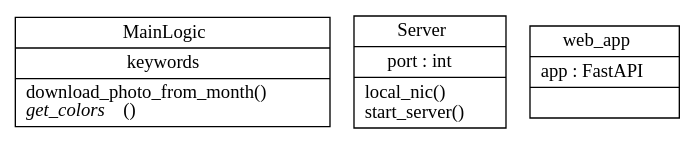
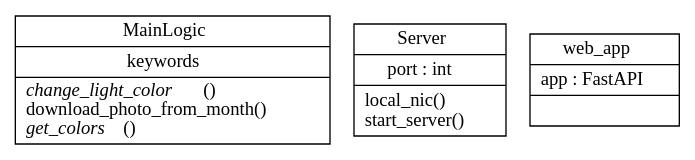
The diagram in docs/classes.dot (Jelloeater/porch_light), drawn with Graphviz before and after one commit. The commit also changed 4 other files, not shown here.

```diff
--- a/docs/classes.dot
+++ b/docs/classes.dot
@@ -1,7 +1,7 @@
 digraph "classes" {
 rankdir=BT
 charset="utf-8"
-"pl_worker.porch_light.MainLogic" [color="black", fontcolor="black", label=<{MainLogic|keywords<br ALIGN="LEFT"/>|download_photo_from_month()<br ALIGN="LEFT"/><I>get_colors</I>()<br ALIGN="LEFT"/>}>, shape="record", style="solid"];
+"pl_worker.porch_light.MainLogic" [color="black", fontcolor="black", label=<{MainLogic|keywords<br ALIGN="LEFT"/>|<I>change_light_color</I>()<br ALIGN="LEFT"/>download_photo_from_month()<br ALIGN="LEFT"/><I>get_colors</I>()<br ALIGN="LEFT"/>}>, shape="record", style="solid"];
 "pl_worker.webserver.Server" [color="black", fontcolor="black", label=<{Server|port : int<br ALIGN="LEFT"/>|local_nic()<br ALIGN="LEFT"/>start_server()<br ALIGN="LEFT"/>}>, shape="record", style="solid"];
 "pl_worker.webserver.web_app" [color="black", fontcolor="black", label=<{web_app|app : FastAPI<br ALIGN="LEFT"/>|}>, shape="record", style="solid"];
 }
```
